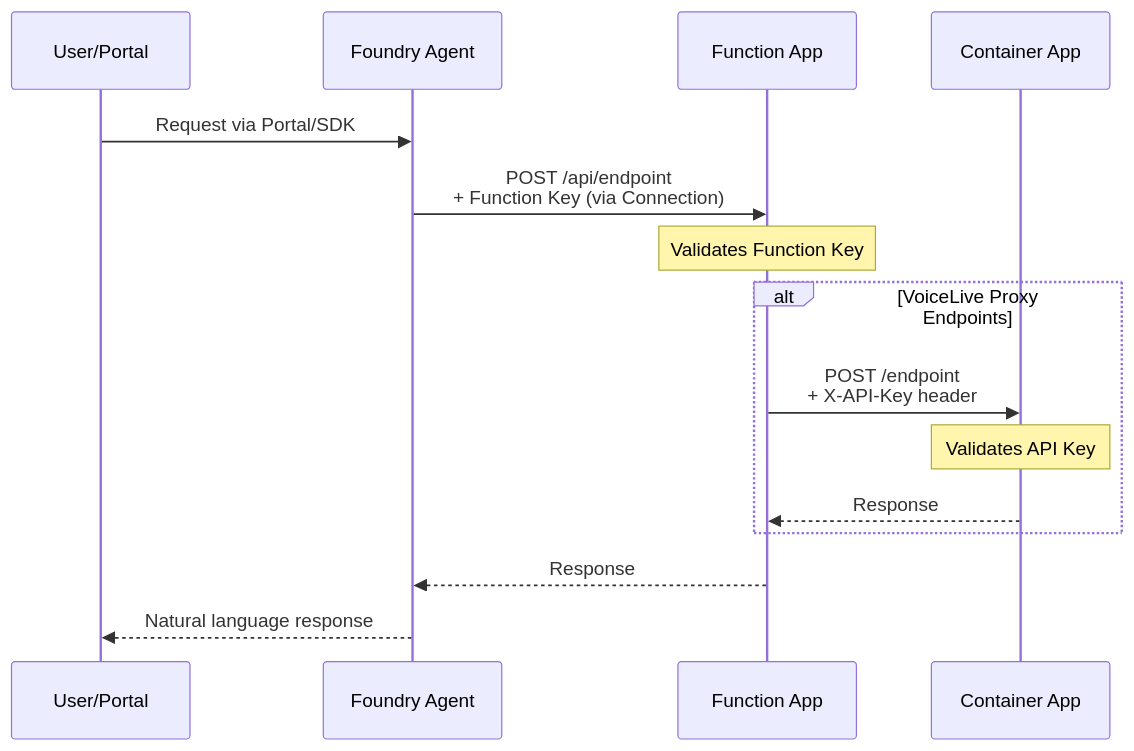
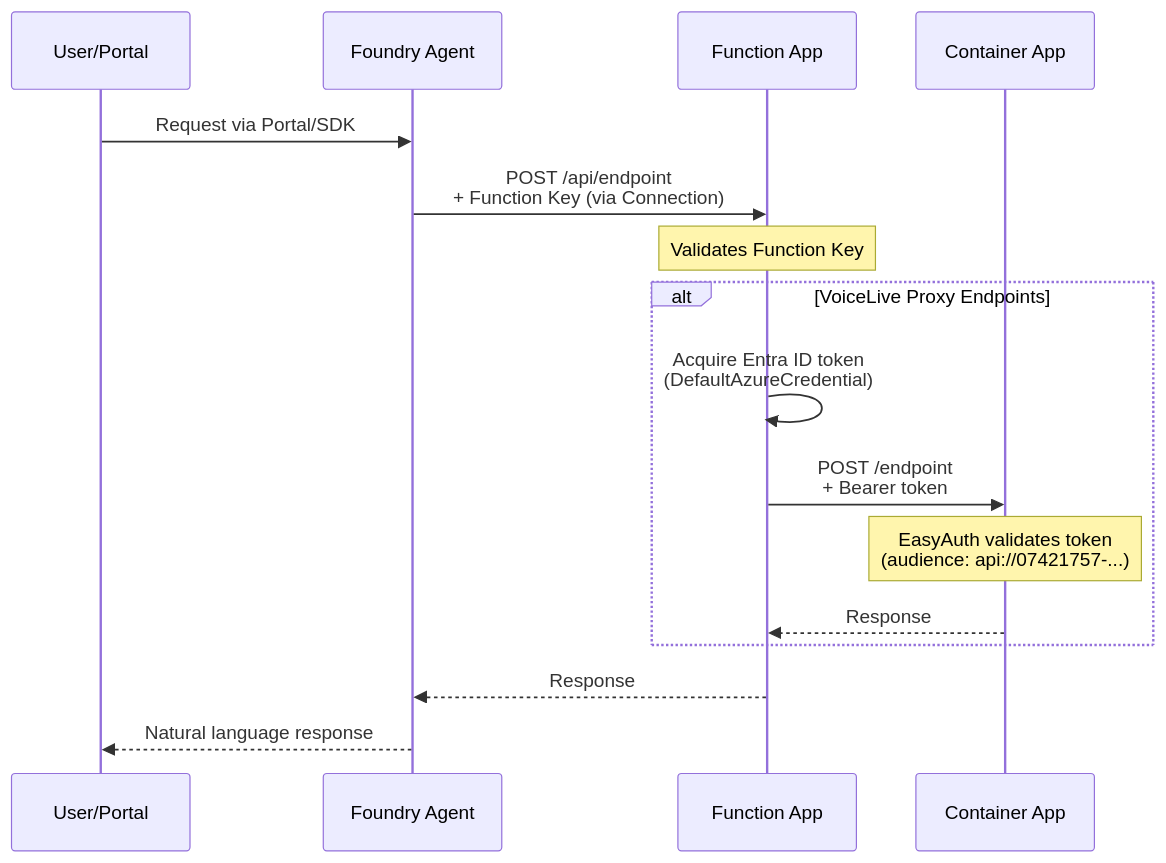
One commit to microsoft-foundry/voicelive-evaluation changed the seventh of 13 diagrams in evaluation_agent_v3/ARCHITECTURE.md. Above: the diagram before and after it, drawn with Mermaid. The commit also changed other lines of this file and 7 other files, not shown here.

First line of the commit message:
Replace Container App API key auth with Entra ID managed identity

````diff
--- a/evaluation_agent_v3/ARCHITECTURE.md
+++ b/evaluation_agent_v3/ARCHITECTURE.md
@@ -578,20 +578,21 @@
 ```mermaid
 sequenceDiagram
     participant User as User/Portal
     participant Agent as Foundry Agent
     participant Func as Function App
     participant CA as Container App
     
     User->>Agent: Request via Portal/SDK
     Agent->>Func: POST /api/endpoint<br/>+ Function Key (via Connection)
     Note over Func: Validates Function Key
     
     alt VoiceLive Proxy Endpoints
-        Func->>CA: POST /endpoint<br/>+ X-API-Key header
-        Note over CA: Validates API Key
+        Func->>Func: Acquire Entra ID token<br/>(DefaultAzureCredential)
+        Func->>CA: POST /endpoint<br/>+ Bearer token
+        Note over CA: EasyAuth validates token<br/>(audience: api://07421757-...)
         CA-->>Func: Response
     end
     
     Func-->>Agent: Response
     Agent-->>User: Natural language response
 ```
````
